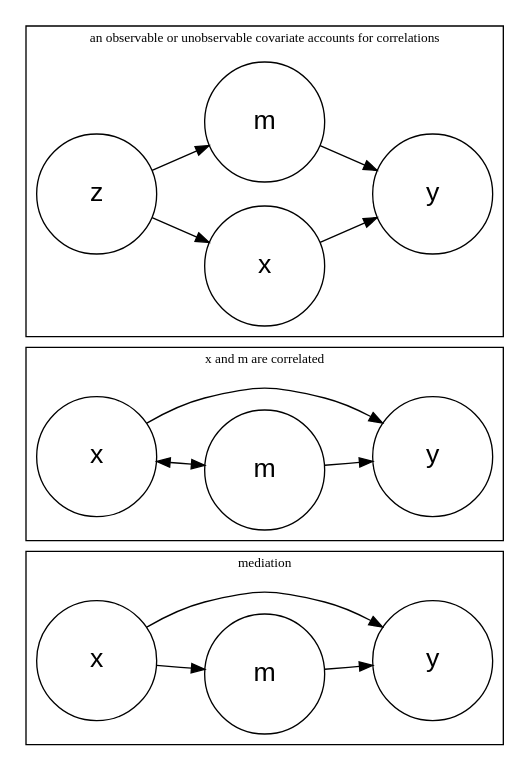
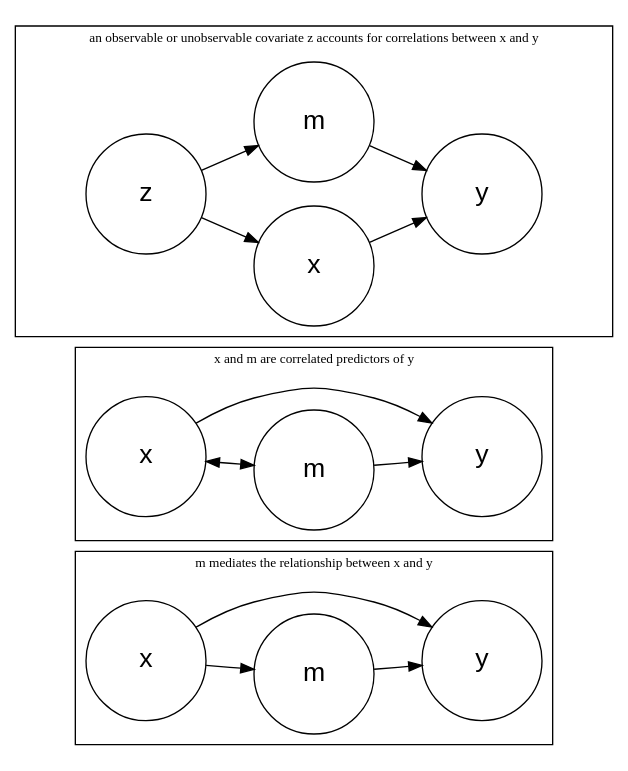
The diagram in mediation/mediation-vs-confounding.gv (agrogan1/teaching), drawn with Graphviz before and after one commit. The commit also changed 3 other files, not shown here.

```diff
--- a/mediation/mediation-vs-confounding.gv
+++ b/mediation/mediation-vs-confounding.gv
@@ -1,67 +1,67 @@
 digraph boxes_and_circles {
 
   # a 'graph' statement
   graph [overlap = true, 
         fontsize = 10,
         rankdir = LR]
 
   # several 'node' statements
   node [shape = box,
         fontname = Helvetica]
 
   node [shape = circle,
         fontsize = 20,
         fixedsize = true,
         width = 1.25] // sets as circles
 
   x1 [label = "x"]
   
   x2 [label = "x"]
   
   x3 [label = "x"]
 
   m1 [label = "m"]
 
   m2 [label = "m"]
 
   m3 [label = "m"]
 
   y1 [label = "y"]
   
   y2 [label = "y"]
   
   y3 [label = "y"]
 
   # several 'edge' statements
   
  	subgraph cluster_1 {
  	
- 	label = "mediation";
+ 	label = "m mediates the relationship between x and y";
  
   x1 -> m1 
   m1 -> y1 
   x1 -> y1 
   
  	}  
  	
  	subgraph cluster_2 {
  	  
- 	label = "x and m are correlated";
+ 	label = "x and m are correlated predictors of y";
   
   x2 -> m2 [dir=both]
   x2 -> y2
   m2 -> y2
   
  	}
   
 	subgraph cluster_3 {
 	  
-  label = "an observable or unobservable covariate accounts for correlations";
+  label = "an observable or unobservable covariate z accounts for correlations between x and y";
   
   x3 -> y3
   m3 -> y3
   z -> x3
   z -> m3
   
 	}
 }
```
